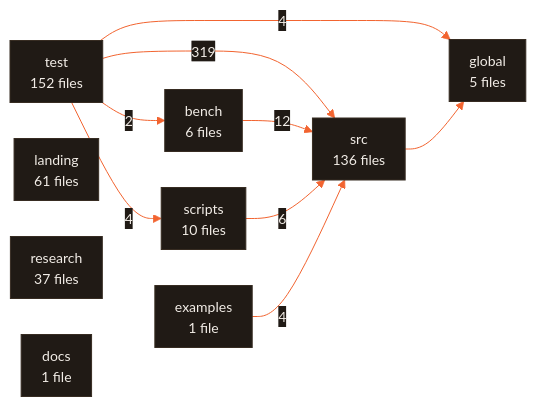
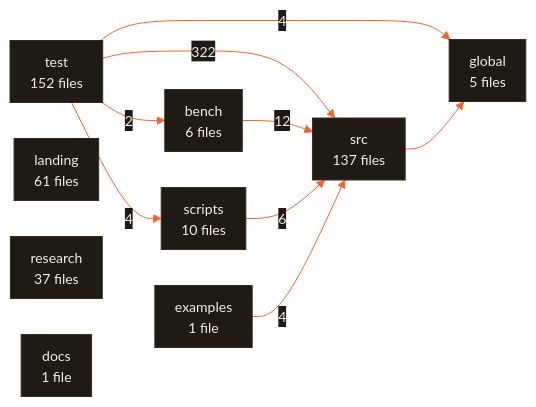
The diagram in ARCHITECTURE.md (CodeWithJuber/forgekit), drawn with Mermaid before and after one commit. The commit also changed 6 other files, not shown here.

````diff
--- a/ARCHITECTURE.md
+++ b/ARCHITECTURE.md
@@ -671,21 +671,21 @@
 ```mermaid
 %%{init: {'theme':'base','themeVariables':{'primaryColor':'#201a15','primaryTextColor':'#f2ede7','primaryBorderColor':'#372c22','lineColor':'#f26430','secondaryColor':'#272019','tertiaryColor':'#171310','edgeLabelBackground':'#201a15','clusterBkg':'#171310','clusterBorder':'#4a3b2e','fontFamily':'ui-sans-serif, system-ui, sans-serif','fontSize':'14px'},'flowchart':{'curve':'basis','padding':10,'nodeSpacing':36,'rankSpacing':44}}}%%
 flowchart LR
   test["test<br/>152 files"]
-  src["src<br/>136 files"]
+  src["src<br/>137 files"]
   landing["landing<br/>61 files"]
   research["research<br/>37 files"]
   scripts["scripts<br/>10 files"]
   bench["bench<br/>6 files"]
   global["global<br/>5 files"]
   docs["docs<br/>1 file"]
   examples["examples<br/>1 file"]
-  test -- 319 --> src
+  test -- 322 --> src
   bench -- 12 --> src
   scripts -- 6 --> src
   examples -- 4 --> src
   test -- 4 --> global
   test -- 4 --> scripts
   test -- 2 --> bench
   src --> global
 ```
````
